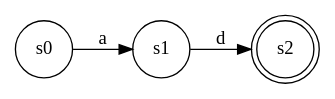
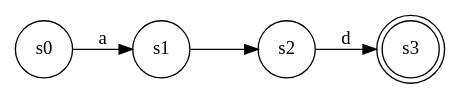
The diagram in ref/dfa_0013.gv (pschlump/lexie), drawn with Graphviz before and after one commit. The commit also changed 165 other files, not shown here.

```diff
--- a/ref/dfa_0013.gv
+++ b/ref/dfa_0013.gv
@@ -1,8 +1,9 @@
 digraph finite_state_machine {
 	rankdir=LR;
 	size="18,5"
-	node [shape = doublecircle]; s2;
+	node [shape = doublecircle]; s3;
 	node [shape = circle];
 	s0 -> s1 [ label = "a" ];
-	s1 -> s2 [ label = "d" ];
+	s1 -> s2 [ label = "" ];
+	s2 -> s3 [ label = "d" ];
 }
```
